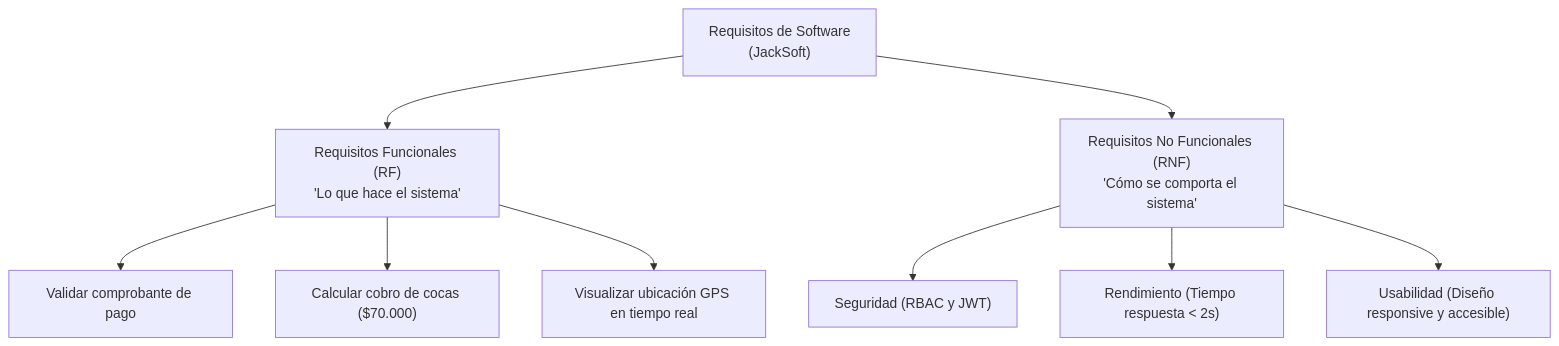
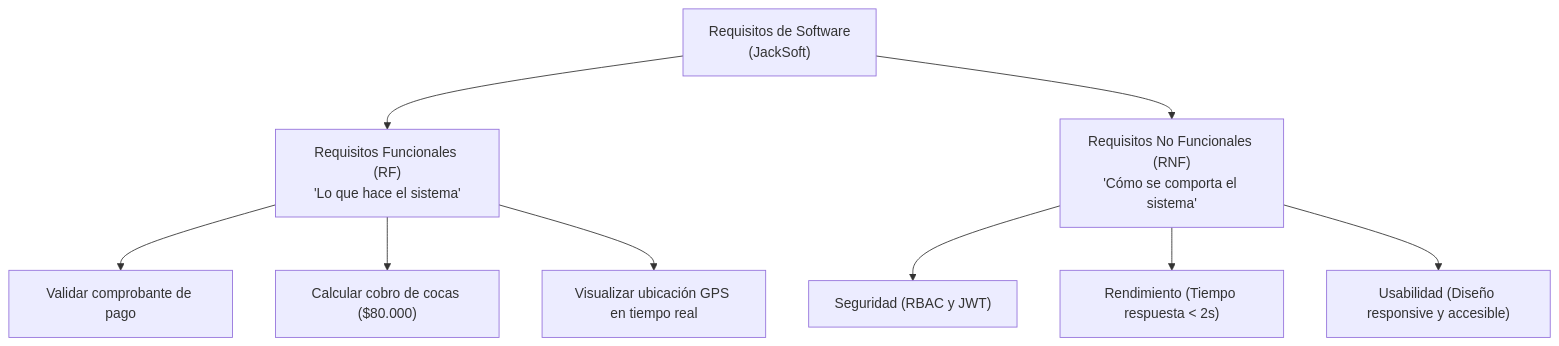
Before and after one commit to alejandrogomezmesa1/analisis: the diagram in 01_Investigacion_y_Analisis/Documentos/Que_Son_Los_Requisitos.md, drawn with Mermaid. The commit also changed 46 other files, not shown here.

````diff
--- a/01_Investigacion_y_Analisis/Documentos/Que_Son_Los_Requisitos.md
+++ b/01_Investigacion_y_Analisis/Documentos/Que_Son_Los_Requisitos.md
@@ -25,13 +25,13 @@
 ```mermaid
 graph TD
     REQ["Requisitos de Software\n(JackSoft)"] --> RF["Requisitos Funcionales (RF)\n'Lo que hace el sistema'"]
     REQ --> RNF["Requisitos No Funcionales (RNF)\n'Cómo se comporta el sistema'"]
 
     RF --> RF1["Validar comprobante de pago"]
-    RF --> RF2["Calcular cobro de cocas ($70.000)"]
+    RF --> RF2["Calcular cobro de cocas ($80.000)"]
     RF --> RF3["Visualizar ubicación GPS en tiempo real"]
 
     RNF --> RNF1["Seguridad (RBAC y JWT)"]
     RNF --> RNF2["Rendimiento (Tiempo respuesta < 2s)"]
     RNF --> RNF3["Usabilidad (Diseño responsive y accesible)"]
 ```
````
